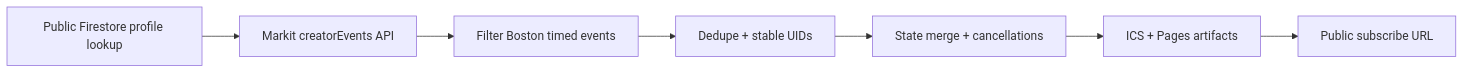
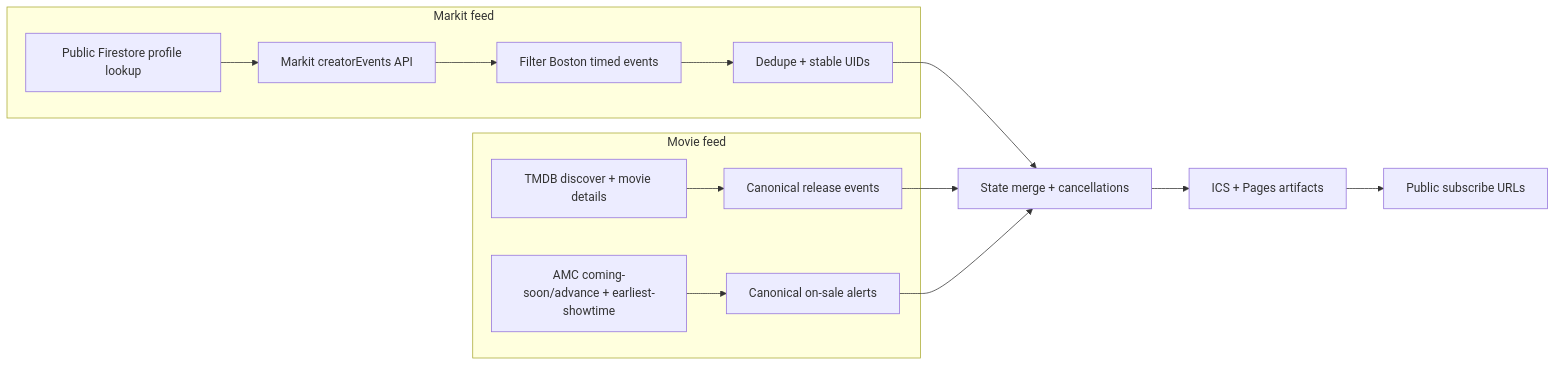
The diagram in README.md (LRDOC/ics_sync), drawn with Mermaid before and after one commit. The commit also changed 4 other files, not shown here.

First line of the commit message:
Split movie feed onto its own 2-hour sync, decoupled from Markit's 10-min cron

````diff
--- a/README.md
+++ b/README.md
@@ -29,9 +29,17 @@
 ```mermaid
 flowchart LR
-    A[Public Firestore profile lookup] --> B[Markit creatorEvents API]
-    B --> C[Filter Boston timed events]
-    C --> D[Dedupe + stable UIDs]
-    D --> E[State merge + cancellations]
-    E --> F[ICS + Pages artifacts]
-    F --> G[Public subscribe URL]
+    subgraph Markit feed
+        A1[Public Firestore profile lookup] --> A2[Markit creatorEvents API]
+        A2 --> A3[Filter Boston timed events]
+        A3 --> A4[Dedupe + stable UIDs]
+    end
+    subgraph Movie feed
+        B1[TMDB discover + movie details] --> B3[Canonical release events]
+        B2[AMC coming-soon/advance + earliest-showtime] --> B4[Canonical on-sale alerts]
+    end
+    A4 --> C[State merge + cancellations]
+    B3 --> C
+    B4 --> C
+    C --> D[ICS + Pages artifacts]
+    D --> E[Public subscribe URLs]
 ```
````
